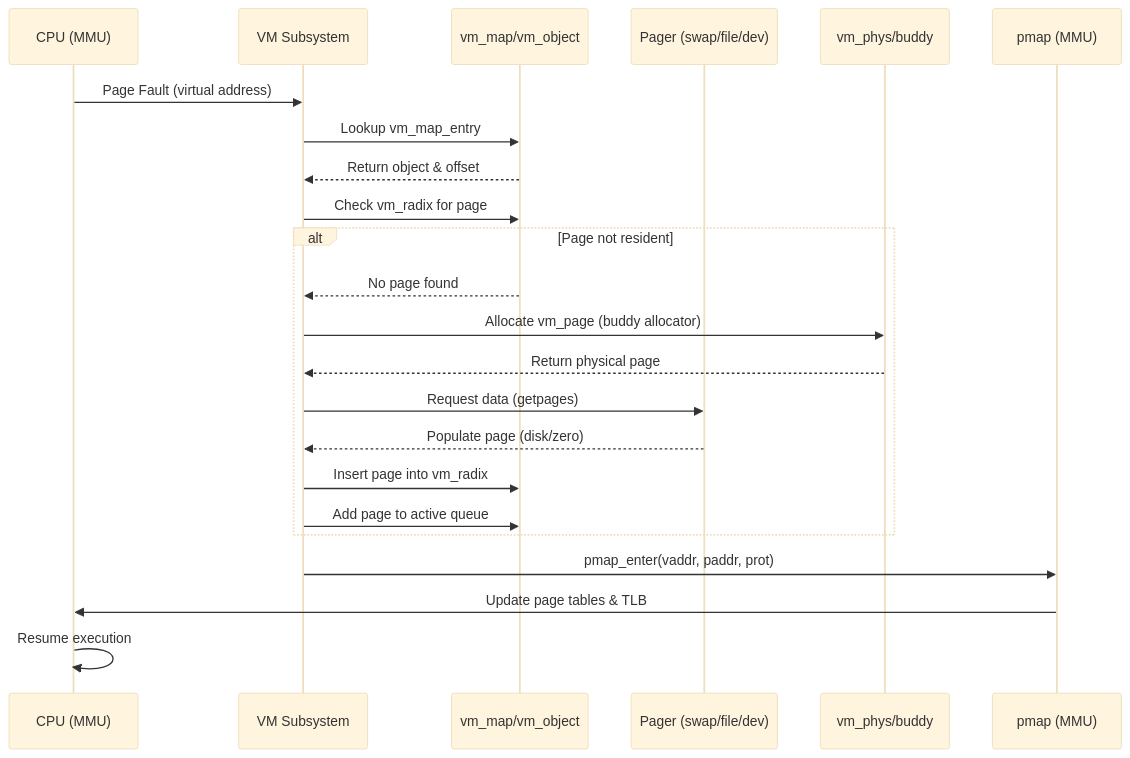
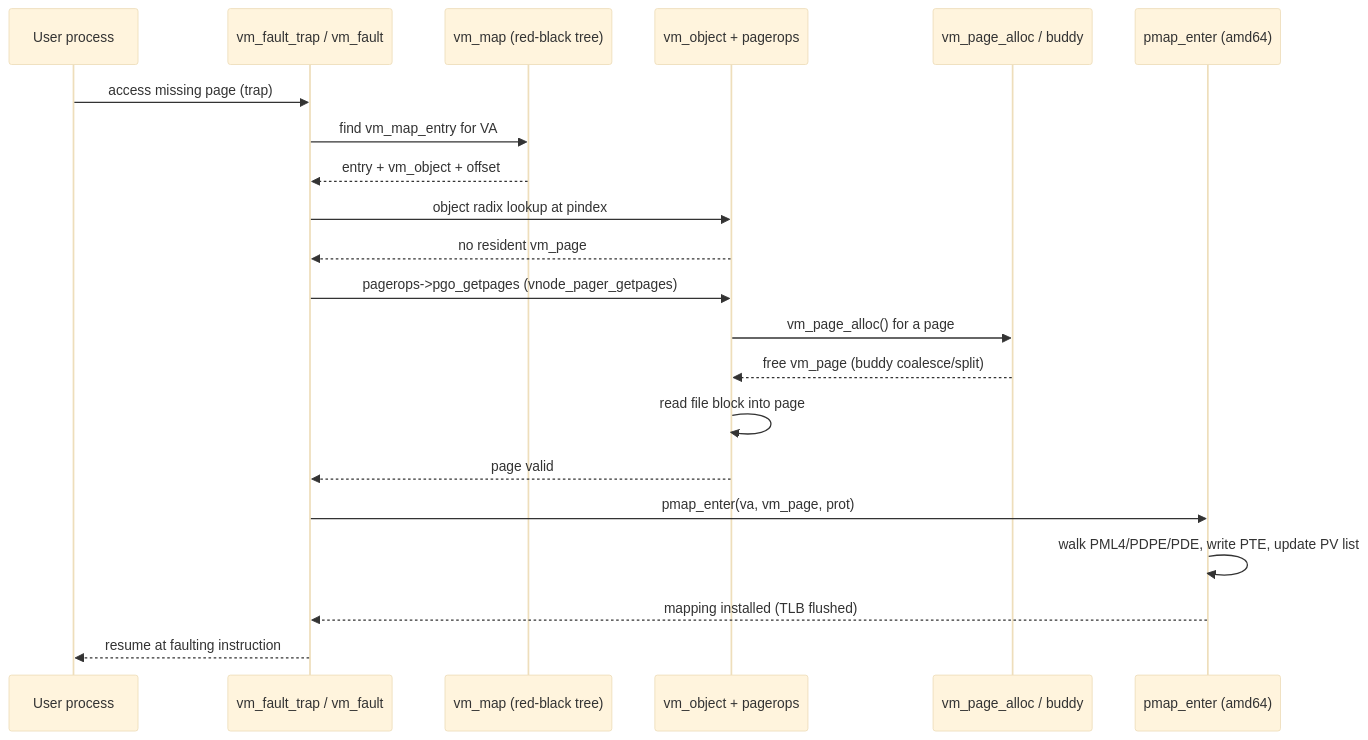
One commit to ocochard/freebsd-src changed the diagram in sys/vm/README.md. Above: the diagram before and after it, drawn with Mermaid (base theme). The commit also changed other lines of this file and 40 other files, not shown here.

````diff
--- a/sys/vm/README.md
+++ b/sys/vm/README.md
@@ -118,26 +235,24 @@
 ```mermaid
 sequenceDiagram
-    participant CPU as CPU (MMU)
-    participant VM as VM Subsystem
-    participant MAP as vm_map/vm_object
-    participant PG as Pager (swap/file/dev)
-    participant PHY as vm_phys/buddy
-    participant PM as pmap (MMU)
+  participant U as User process
+  participant T as vm_fault_trap / vm_fault
+  participant M as vm_map (red-black tree)
+  participant O as vm_object + pagerops
+  participant P as vm_page_alloc / buddy
+  participant PM as pmap_enter (amd64)
 
-    CPU->>VM: Page Fault (virtual address)
-    VM->>MAP: Lookup vm_map_entry
-    MAP-->>VM: Return object & offset
-    VM->>MAP: Check vm_radix for page
-    alt Page not resident
-        MAP-->>VM: No page found
-        VM->>PHY: Allocate vm_page (buddy allocator)
-        PHY-->>VM: Return physical page
-        VM->>PG: Request data (getpages)
-        PG-->>VM: Populate page (disk/zero)
-        VM->>MAP: Insert page into vm_radix
-        VM->>MAP: Add page to active queue
-    end
-    VM->>PM: pmap_enter(vaddr, paddr, prot)
-    PM->>CPU: Update page tables & TLB
-    CPU->>CPU: Resume execution
+  U->>T: access missing page (trap)
+  T->>M: find vm_map_entry for VA
+  M-->>T: entry + vm_object + offset
+  T->>O: object radix lookup at pindex
+  O-->>T: no resident vm_page
+  T->>O: pagerops->pgo_getpages (vnode_pager_getpages)
+  O->>P: vm_page_alloc() for a page
+  P-->>O: free vm_page (buddy coalesce/split)
+  O->>O: read file block into page
+  O-->>T: page valid
+  T->>PM: pmap_enter(va, vm_page, prot)
+  PM->>PM: walk PML4/PDPE/PDE, write PTE, update PV list
+  PM-->>T: mapping installed (TLB flushed)
+  T-->>U: resume at faulting instruction
 ```
````
